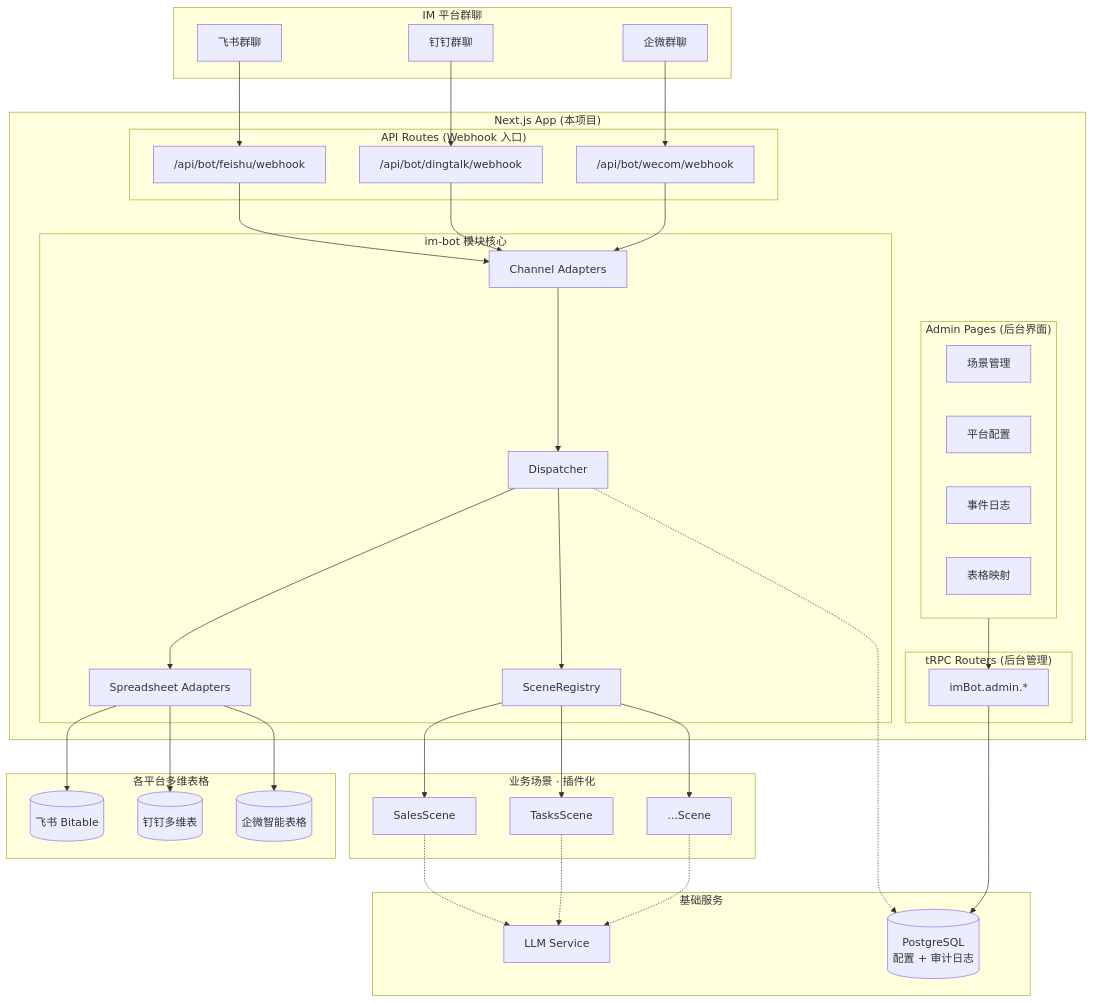
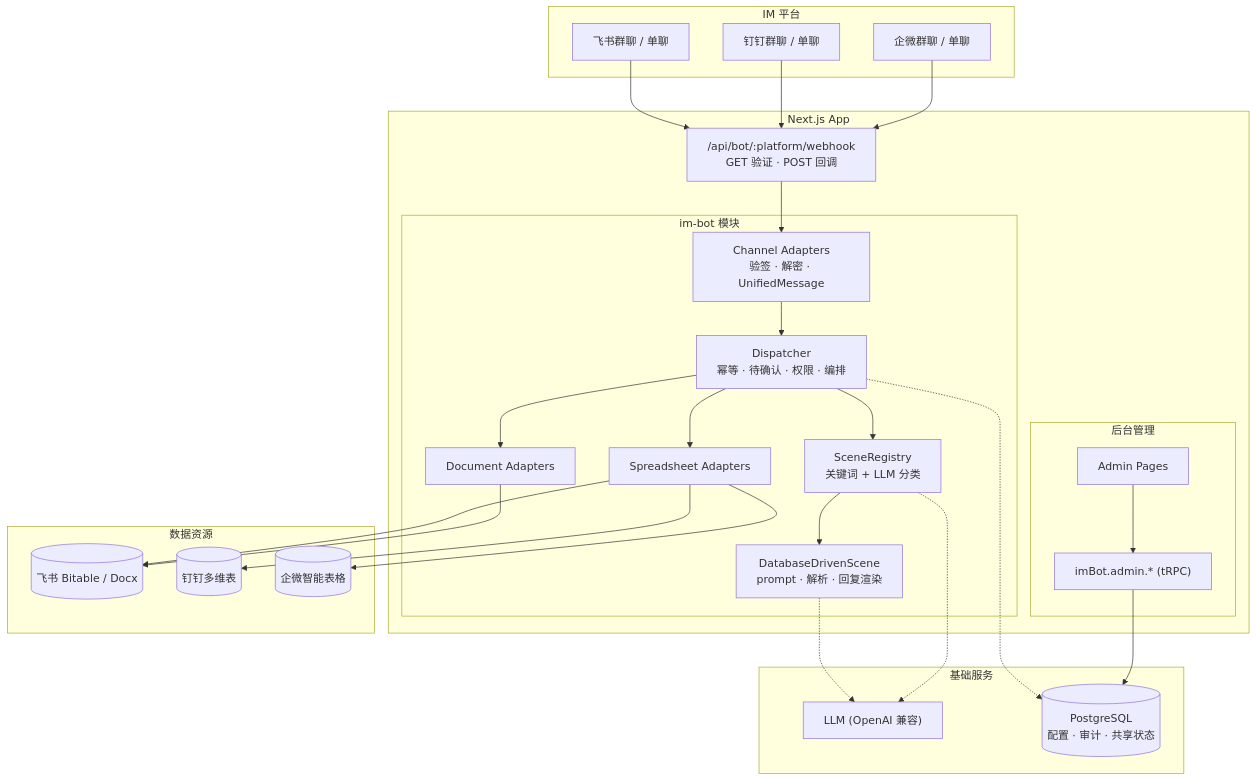
Before and after one commit to sunweijie911/t3-app-temp: the first of 2 diagrams in docs/im-bot-module.md, drawn with Mermaid. The commit also changed other lines of this file, not shown here.

First line of the commit message:
docs(im-bot): 按实现校准架构文档

````diff
--- a/docs/im-bot-module.md
+++ b/docs/im-bot-module.md
@@ -60,68 +57,46 @@
 ```mermaid
 graph TB
-    subgraph IM["IM 平台群聊"]
-        FS["飞书群聊"]
-        DT["钉钉群聊"]
-        WC["企微群聊"]
+    subgraph IM["IM 平台"]
+        FS["飞书群聊 / 单聊"]
+        DT["钉钉群聊 / 单聊"]
+        WC["企微群聊 / 单聊"]
     end
 
-    subgraph NextApp["Next.js App (本项目)"]
-        subgraph API["API Routes (Webhook 入口)"]
-            WH1["/api/bot/feishu/webhook"]
-            WH2["/api/bot/dingtalk/webhook"]
-            WH3["/api/bot/wecom/webhook"]
+    subgraph NextApp["Next.js App"]
+        WH["/api/bot/:platform/webhook<br/>GET 验证 · POST 回调"]
+
+        subgraph Module["im-bot 模块"]
+            CH["Channel Adapters<br/>验签 · 解密 · UnifiedMessage"]
+            DISP["Dispatcher<br/>幂等 · 待确认 · 权限 · 编排"]
+            SR["SceneRegistry<br/>关键词 + LLM 分类"]
+            SC["DatabaseDrivenScene<br/>prompt · 解析 · 回复渲染"]
+            SP["Spreadsheet Adapters"]
+            DOC["Document Adapters"]
         end
 
-        subgraph TRPC["tRPC Routers (后台管理)"]
-            AR["imBot.admin.*"]
-        end
-
-        subgraph Admin["Admin Pages (后台界面)"]
-            AP1["场景管理"]
-            AP2["平台配置"]
-            AP3["事件日志"]
-            AP4["表格映射"]
-        end
-
-        subgraph Module["im-bot 模块核心"]
-            DISP["Dispatcher"]
-            SR["SceneRegistry"]
-            CH["Channel Adapters"]
-            SP["Spreadsheet Adapters"]
+        subgraph Mgmt["后台管理"]
+            AR["imBot.admin.* (tRPC)"]
+            AP["Admin Pages"]
         end
     end
 
-    subgraph Scenes["业务场景 · 插件化"]
-        S1["SalesScene"]
-        S2["TasksScene"]
-        S3["...Scene"]
-    end
-
-    subgraph Storage["各平台多维表格"]
-        FST[("飞书 Bitable")]
+    subgraph Storage["数据资源"]
+        FST[("飞书 Bitable / Docx")]
         DST[("钉钉多维表")]
         WST[("企微智能表格")]
     end
 
     subgraph Infra["基础服务"]
-        LLM["LLM Service"]
-        DB[("PostgreSQL<br/>配置 + 审计日志")]
+        LLM["LLM (OpenAI 兼容)"]
+        DB[("PostgreSQL<br/>配置 · 审计 · 共享状态")]
     end
 
-    FS --> WH1
-    DT --> WH2
-    WC --> WH3
-
-    WH1 & WH2 & WH3 --> CH
-    CH --> DISP
-    DISP --> SR
-    SR --> S1 & S2 & S3
-
-    DISP --> SP
-    SP --> FST & DST & WST
-
-    S1 & S2 & S3 -.-> LLM
+    FS & DT & WC --> WH --> CH --> DISP
+    DISP --> SR --> SC
+    DISP --> SP --> FST & DST & WST
+    DISP --> DOC --> FST
+    SC -.-> LLM
+    SR -.-> LLM
     DISP -.-> DB
-    AR --> DB
-    Admin --> AR
+    AP --> AR --> DB
 ```
````
